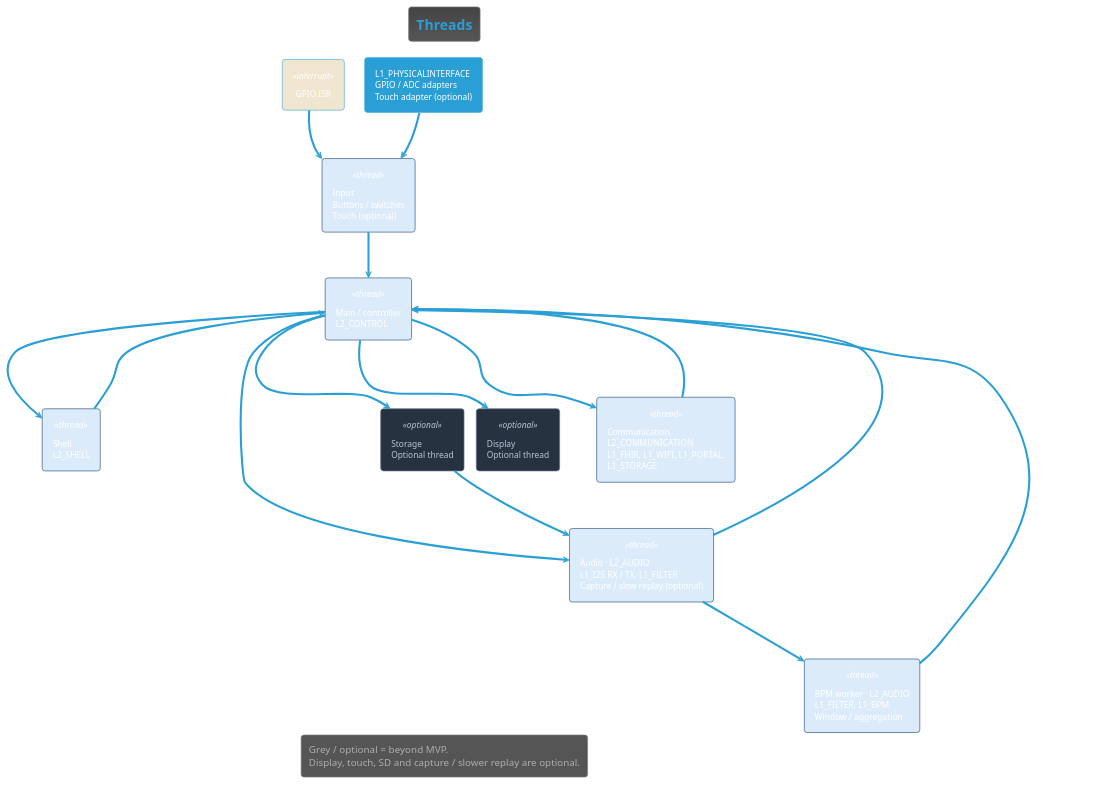
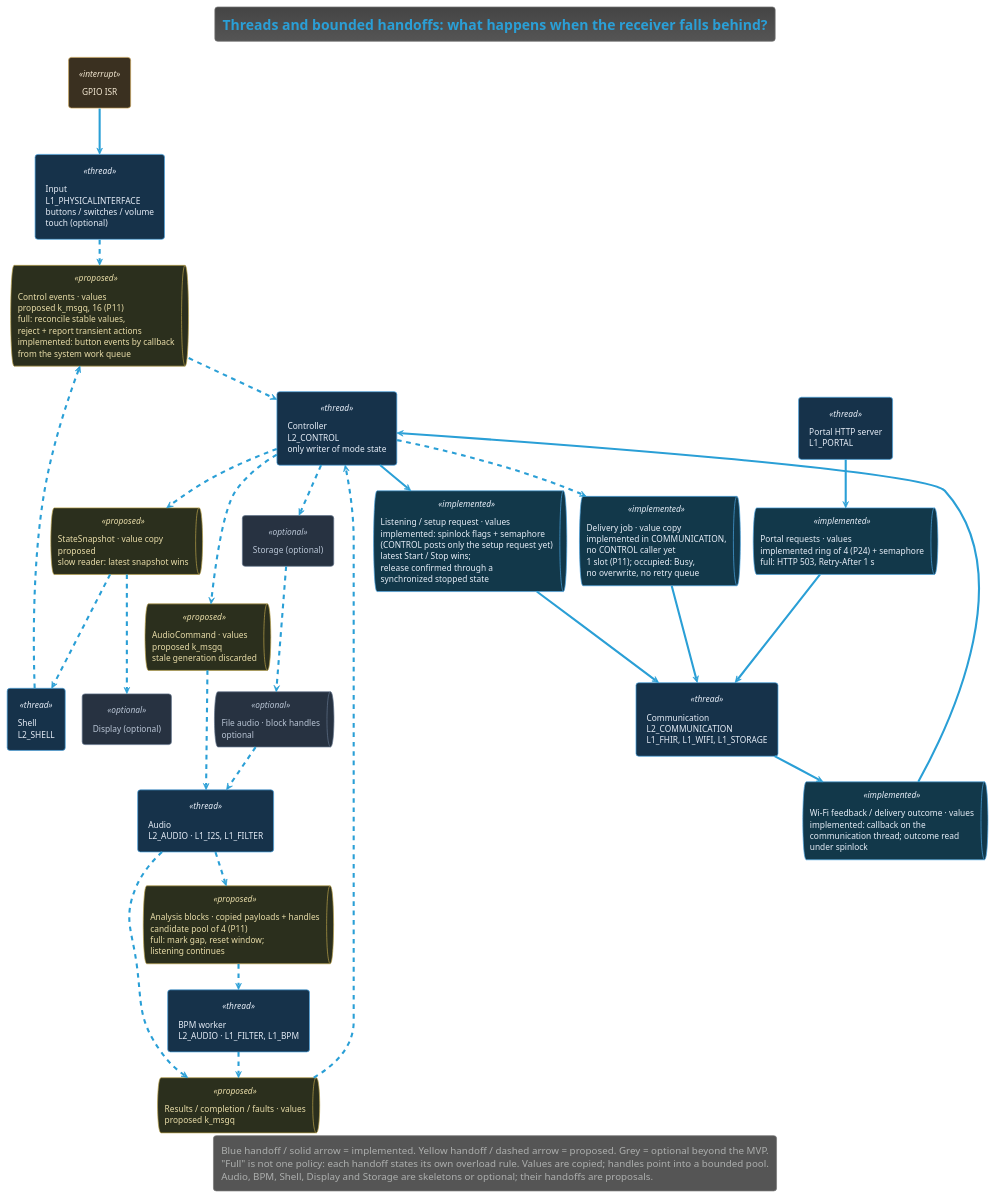
One commit to DemonicPsychoII/DigitalStethoscope changed the diagram in Development/system/architecture/system/runtime-ownership.puml. Above: the diagram before and after it, drawn with PlantUML. The commit also changed 101 other files, not shown here.

First line of the commit message:
documentation: replace walls of text with explanatory diagrams and apply the 13 November design decisions

```diff
--- a/Development/system/architecture/system/runtime-ownership.puml
+++ b/Development/system/architecture/system/runtime-ownership.puml
@@ -1,52 +1,83 @@
 @startuml runtime_ownership
 !theme cyborg
 !pragma layout smetana
 skinparam shadowing false
 skinparam component {
  BackgroundColor<<optional>> #273241
  BorderColor<<optional>> #61738a
  FontColor<<optional>> #b8c4d4
+ BackgroundColor<<thread>> #16324a
+ BorderColor<<thread>> #4aa3df
+ FontColor<<thread>> #e6edf7
+ BackgroundColor<<interrupt>> #3a3020
+ BorderColor<<interrupt>> #c9a35a
+ FontColor<<interrupt>> #f0e5cf
 }
-skinparam artifact {
+skinparam queue {
+ BackgroundColor<<implemented>> #12384a
+ BorderColor<<implemented>> #4aa3df
+ FontColor<<implemented>> #e6edf7
+ BackgroundColor<<proposed>> #2b2f1d
+ BorderColor<<proposed>> #b8a14a
+ FontColor<<proposed>> #e8dca8
  BackgroundColor<<optional>> #273241
  BorderColor<<optional>> #61738a
  FontColor<<optional>> #b8c4d4
 }
 skinparam componentStyle rectangle
 skinparam defaultFontName SansSerif
-title Threads
+title Threads and bounded handoffs: what happens when the receiver falls behind?
 top to bottom direction
-skinparam component {
- BackgroundColor<<thread>> #DCEBFA
- BorderColor<<thread>> #345E87
- BackgroundColor<<interrupt>> #F0E5CF
-}
 component "GPIO ISR" as irq <<interrupt>>
-component "L1_PHYSICALINTERFACE\nGPIO / ADC adapters\nTouch adapter (optional)" as adapters
-component "Input\nButtons / switches\nTouch (optional)" as inp <<thread>>
+component "Input\nL1_PHYSICALINTERFACE\nbuttons / switches / volume\ntouch (optional)" as inp <<thread>>
 component "Shell\nL2_SHELL" as shell <<thread>>
-component "Main / controller\nL2_CONTROL" as ctl <<thread>>
-component "Audio · L2_AUDIO\nL1_I2S RX / TX, L1_FILTER\nCapture / slow replay (optional)" as audio <<thread>>
-component "BPM worker · L2_AUDIO\nL1_FILTER, L1_BPM\nWindow / aggregation" as bpm <<thread>>
-component "Storage\nOptional thread" as storage <<optional>>
-component "Display\nOptional thread" as display <<optional>>
-component "Communication\nL2_COMMUNICATION\nL1_FHIR, L1_WIFI, L1_PORTAL,\nL1_STORAGE" as net <<thread>>
-irq --> inp : wake-up · semaphore
-adapters --> inp : input samples · driver reads
-inp --> ctl : control events · k_msgq
-shell --> ctl : control events · k_msgq
-ctl --> shell : state · snapshot copy
-ctl --> audio : settings / commands · k_msgq
-audio --> bpm : original-rate sample blocks\nbefore filter / gain · handles / k_msgq
-bpm --> ctl : BPM result · k_msgq
-audio --> ctl : completion / fault · k_msgq
-ctl --> storage : file request · k_msgq
-storage --> audio : file audio · block handles / k_msgq
-ctl --> display : UI state · snapshot copy
-ctl --> net : Wi-Fi requested state · spinlock + semaphore\nLater: BPM result + network lease · k_msgq
-net --> ctl : confirmed Wi-Fi release · synchronized flag\nLater: send outcome · k_msgq
+component "Controller\nL2_CONTROL\nonly writer of mode state" as ctl <<thread>>
+component "Audio\nL2_AUDIO · L1_I2S, L1_FILTER" as audio <<thread>>
+component "BPM worker\nL2_AUDIO · L1_FILTER, L1_BPM" as bpm <<thread>>
+component "Communication\nL2_COMMUNICATION\nL1_FHIR, L1_WIFI, L1_STORAGE" as net <<thread>>
+component "Portal HTTP server\nL1_PORTAL" as portal <<thread>>
+component "Display (optional)" as display <<optional>>
+component "Storage (optional)" as storage <<optional>>
+
+queue "Control events · values\nproposed k_msgq, 16 (P11)\nfull: reconcile stable values,\nreject + report transient actions\nimplemented: button events by callback\nfrom the system work queue" as controlEvents <<proposed>>
+queue "AudioCommand · values\nproposed k_msgq\nstale generation discarded" as audioCommands <<proposed>>
+queue "Analysis blocks · copied payloads + handles\ncandidate pool of 4 (P11)\nfull: mark gap, reset window;\nlistening continues" as analysisBlocks <<proposed>>
+queue "Results / completion / faults · values\nproposed k_msgq" as workerEvents <<proposed>>
+queue "StateSnapshot · value copy\nproposed\nslow reader: latest snapshot wins" as snapshots <<proposed>>
+queue "Listening / setup request · values\nimplemented: spinlock flags + semaphore\n(CONTROL posts only the setup request yet)\nlatest Start / Stop wins;\nrelease confirmed through a\nsynchronized stopped state" as listeningRequest <<implemented>>
+queue "Delivery job · value copy\nimplemented in COMMUNICATION,\nno CONTROL caller yet\n1 slot (P11); occupied: Busy,\nno overwrite, no retry queue" as deliveryJob <<implemented>>
+queue "Wi-Fi feedback / delivery outcome · values\nimplemented: callback on the\ncommunication thread; outcome read\nunder spinlock" as networkFeedback <<implemented>>
+queue "Portal requests · values\nimplemented ring of 4 (P24) + semaphore\nfull: HTTP 503, Retry-After 1 s" as portalRequests <<implemented>>
+queue "File audio · block handles\noptional" as fileBlocks <<optional>>
+
+irq --> inp : wake-up
+inp ..> controlEvents
+shell ..> controlEvents
+controlEvents ..> ctl
+ctl ..> audioCommands
+audioCommands ..> audio
+audio ..> analysisBlocks
+analysisBlocks ..> bpm
+bpm ..> workerEvents
+audio ..> workerEvents
+workerEvents ..> ctl
+ctl ..> snapshots
+snapshots ..> shell
+snapshots ..> display
+ctl --> listeningRequest
+listeningRequest --> net
+ctl ..> deliveryJob
+deliveryJob --> net
+net --> networkFeedback
+networkFeedback --> ctl
+portal --> portalRequests
+portalRequests --> net
+ctl ..> storage
+storage ..> fileBlocks
+fileBlocks ..> audio
 legend bottom
-  Grey / optional = beyond MVP.
-  Display, touch, SD and capture / slower replay are optional.
+ Blue handoff / solid arrow = implemented. Yellow handoff / dashed arrow = proposed. Grey = optional beyond the MVP.
+ "Full" is not one policy: each handoff states its own overload rule. Values are copied; handles point into a bounded pool.
+ Audio, BPM, Shell, Display and Storage are skeletons or optional; their handoffs are proposals.
 endlegend
 @enduml
```
